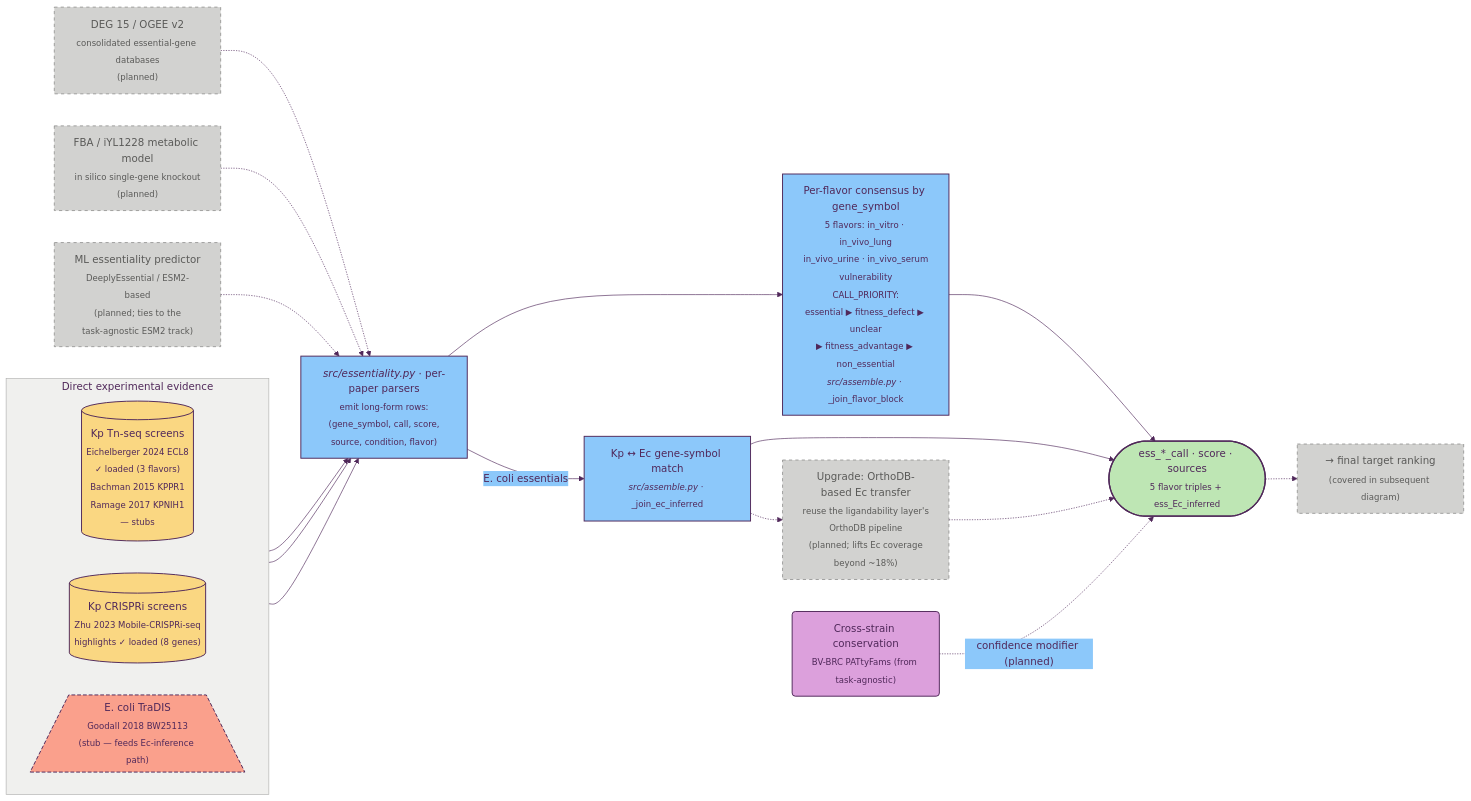
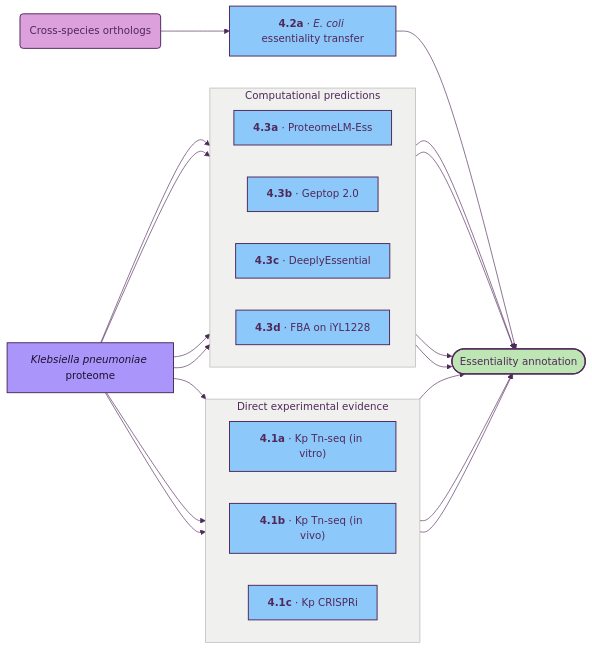
The diagram in docs/04_essentiality.md (ersilia-os/gradi-target-prioritization), drawn with Mermaid before and after one commit. The commit also changed other lines of this file and 11 other files, not shown here.

Commit message:
diagrams first version

````diff
--- a/docs/04_essentiality.md
+++ b/docs/04_essentiality.md
@@ -15,44 +5,51 @@
 ```mermaid
 %%{init: {'theme':'base','themeVariables':{'primaryColor':'#FAD782','primaryBorderColor':'#50285A','primaryTextColor':'#50285A','lineColor':'#50285A','secondaryColor':'#8CC8FA','tertiaryColor':'#BEE6B4','clusterBkg':'#F0F0EE','clusterBorder':'#B0B0AE','titleColor':'#50285A','fontFamily':'Inter, system-ui, sans-serif'}}}%%
 flowchart LR
     classDef source    fill:#AA96FA,stroke:#50285A,stroke-width:1.5px,color:#1F0F2E
     classDef dataset   fill:#FAD782,stroke:#50285A,stroke-width:1.5px,color:#50285A
     classDef method    fill:#8CC8FA,stroke:#50285A,stroke-width:1.5px,color:#50285A
     classDef embedding fill:#AA96FA,stroke:#50285A,stroke-width:1.5px,color:#1F0F2E
     classDef result    fill:#BEE6B4,stroke:#50285A,stroke-width:2px,color:#50285A
     classDef tagnostic fill:#DCA0DC,stroke:#50285A,stroke-width:1.5px,color:#50285A
     classDef stub      fill:#FAA08C,stroke:#50285A,stroke-width:1.5px,stroke-dasharray:6 3,color:#50285A
     classDef planned   fill:#D2D2D0,stroke:#7A7A78,stroke-width:1px,stroke-dasharray:5 5,color:#5A5A58
 
+    P["<i>Klebsiella pneumoniae</i> proteome"]:::source
+
+    ORTHO("Cross-species orthologs"):::tagnostic
+
     subgraph DIRECT [" Direct experimental evidence "]
         direction LR
-        TNS[("Kp Tn-seq screens<br/><sub>Eichelberger 2024 ECL8<br/>✓ loaded (3 flavors)</sub><br/><sub>Bachman 2015 KPPR1<br/>Ramage 2017 KPNIH1<br/>— stubs</sub>")]:::dataset
-        CRI[("Kp CRISPRi screens<br/><sub>Zhu 2023 Mobile-CRISPRi-seq<br/>highlights ✓ loaded (8 genes)</sub>")]:::dataset
-        ECO[/"E. coli TraDIS<br/><sub>Goodall 2018 BW25113<br/>(stub — feeds Ec-inference path)</sub>"\]:::stub
+        TNS_IV["<b>4.1a</b> · Kp Tn-seq (in vitro)"]:::method
+        TNS_VV["<b>4.1b</b> · Kp Tn-seq (in vivo)"]:::method
+        CRI["<b>4.1c</b> · Kp CRISPRi"]:::method
     end
 
-    DEG["DEG 15 / OGEE v2<br/><sub>consolidated essential-gene databases</sub><br/><sub>(planned)</sub>"]:::planned
-    FBA["FBA / iYL1228 metabolic model<br/><sub>in silico single-gene knockout</sub><br/><sub>(planned)</sub>"]:::planned
-    ML["ML essentiality predictor<br/><sub>DeeplyEssential / ESM2-based</sub><br/><sub>(planned; ties to the<br/>task-agnostic ESM2 track)</sub>"]:::planned
+    ECINF["<b>4.2a</b> · <i>E. coli</i> essentiality transfer"]:::method
 
-    TNS --> PARSE["<i>src/essentiality.py</i> · per-paper parsers<br/><sub>emit long-form rows:<br/>(gene_symbol, call, score,<br/>source, condition, flavor)</sub>"]:::method
-    CRI --> PARSE
-    ECO --> PARSE
-    DEG -.-> PARSE
-    FBA -.-> PARSE
-    ML  -.-> PARSE
+    subgraph PRED [" Computational predictions "]
+        direction LR
+        PLM["<b>4.3a</b> · ProteomeLM-Ess"]:::method
+        GEP["<b>4.3b</b> · Geptop 2.0"]:::method
+        DEEP["<b>4.3c</b> · DeeplyEssential"]:::method
+        FBA["<b>4.3d</b> · FBA on iYL1228"]:::method
+    end
 
-    PARSE --> FLAV["Per-flavor consensus by gene_symbol<br/><sub>5 flavors: in_vitro · in_vivo_lung<br/>in_vivo_urine · in_vivo_serum<br/>vulnerability</sub><br/><sub>CALL_PRIORITY:<br/>essential ▶ fitness_defect ▶ unclear<br/>▶ fitness_advantage ▶ non_essential</sub><br/><sub><i>src/assemble.py</i> · _join_flavor_block</sub>"]:::method
+    P --> TNS_IV
+    P --> TNS_VV
+    P --> CRI
+    ORTHO --> ECINF
+    P --> PLM
+    P --> GEP
+    P --> DEEP
+    P --> FBA
 
-    PARSE -->|"E. coli essentials"| ECINF["Kp ↔ Ec gene-symbol match<br/><sub><i>src/assemble.py</i> · _join_ec_inferred</sub>"]:::method
-    ECINF -.-> ORTHO_UP["Upgrade: OrthoDB-based Ec transfer<br/><sub>reuse the ligandability layer's<br/>OrthoDB pipeline</sub><br/><sub>(planned; lifts Ec coverage<br/>beyond ~18%)</sub>"]:::planned
-
-    CONS("Cross-strain conservation<br/><sub>BV-BRC PATtyFams (from task-agnostic)</sub>"):::tagnostic
-
-    FLAV  --> OUT(["ess_*_call · score · sources<br/><sub>5 flavor triples + ess_Ec_inferred</sub>"]):::result
-    ECINF --> OUT
-    ORTHO_UP -.-> OUT
-    CONS -.->|"confidence modifier (planned)"| OUT
-
-    OUT -.-> NEXT["→ final target ranking<br/><sub>(covered in subsequent diagram)</sub>"]:::planned
+    TNS_IV --> T(["Essentiality annotation"]):::result
+    TNS_VV --> T
+    CRI    --> T
+    ECINF  --> T
+    PLM    --> T
+    GEP    --> T
+    DEEP   --> T
+    FBA    --> T
 ```
````
